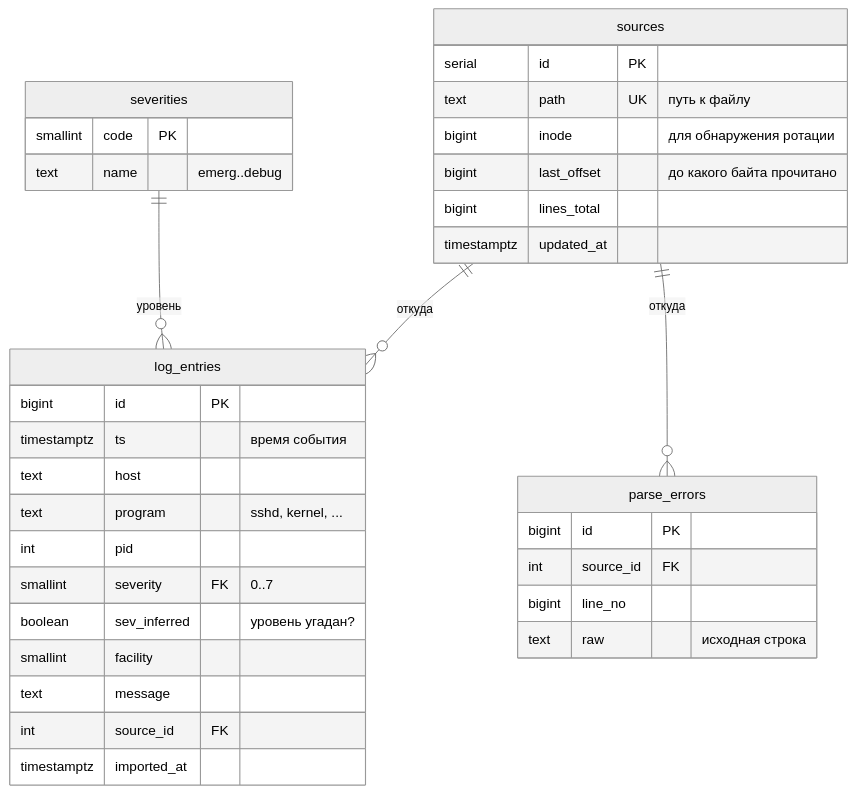
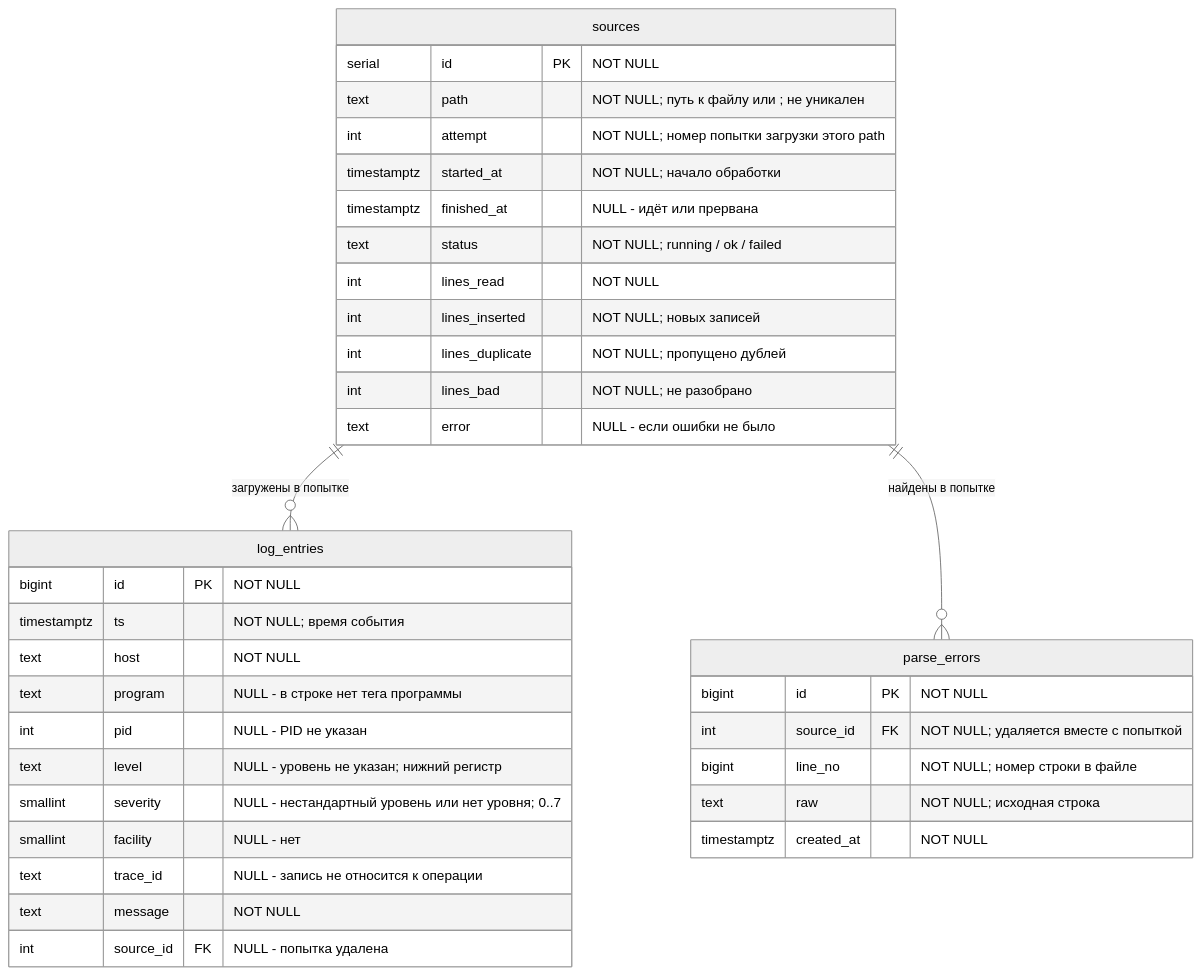
Before and after one commit to whodoyouwanttobe/logparser: the diagram in docs/database.md, drawn with Mermaid (neutral theme). The commit also changed other lines of this file, not shown here.

Commit message:
docs(schema): ER-диаграмма с nullable-полями, изменения 0.2

````diff
--- a/docs/database.md
+++ b/docs/database.md
@@ -7,38 +9,39 @@
 ```mermaid
 erDiagram
-    sources ||--o{ log_entries : "откуда"
-    sources ||--o{ parse_errors : "откуда"
-    severities ||--o{ log_entries : "уровень"
+    sources ||--o{ log_entries : "загружены в попытке"
+    sources ||--o{ parse_errors : "найдены в попытке"
 
     sources {
-        serial id PK
-        text path UK "путь к файлу"
-        bigint inode "для обнаружения ротации"
-        bigint last_offset "до какого байта прочитано"
-        bigint lines_total
-        timestamptz updated_at
+        serial id PK "NOT NULL"
+        text path "NOT NULL; путь к файлу или <stdin>; не уникален"
+        int attempt "NOT NULL; номер попытки загрузки этого path"
+        timestamptz started_at "NOT NULL; начало обработки"
+        timestamptz finished_at "NULL - идёт или прервана"
+        text status "NOT NULL; running / ok / failed"
+        int lines_read "NOT NULL"
+        int lines_inserted "NOT NULL; новых записей"
+        int lines_duplicate "NOT NULL; пропущено дублей"
+        int lines_bad "NOT NULL; не разобрано"
+        text error "NULL - если ошибки не было"
     }
     log_entries {
-        bigint id PK
-        timestamptz ts "время события"
-        text host
-        text program "sshd, kernel, ..."
-        int pid
-        smallint severity FK "0..7"
-        boolean sev_inferred "уровень угадан?"
-        smallint facility
-        text message
-        int source_id FK
-        timestamptz imported_at
-    }
-    severities {
-        smallint code PK
-        text name "emerg..debug"
+        bigint id PK "NOT NULL"
+        timestamptz ts "NOT NULL; время события"
+        text host "NOT NULL"
+        text program "NULL - в строке нет тега программы"
+        int pid "NULL - PID не указан"
+        text level "NULL - уровень не указан; нижний регистр"
+        smallint severity "NULL - нестандартный уровень или нет уровня; 0..7"
+        smallint facility "NULL - нет <PRI>"
+        text trace_id "NULL - запись не относится к операции"
+        text message "NOT NULL"
+        int source_id FK "NULL - попытка удалена"
     }
     parse_errors {
-        bigint id PK
-        int source_id FK
-        bigint line_no
-        text raw "исходная строка"
+        bigint id PK "NOT NULL"
+        int source_id FK "NOT NULL; удаляется вместе с попыткой"
+        bigint line_no "NOT NULL; номер строки в файле"
+        text raw "NOT NULL; исходная строка"
+        timestamptz created_at "NOT NULL"
     }
 ```
````
